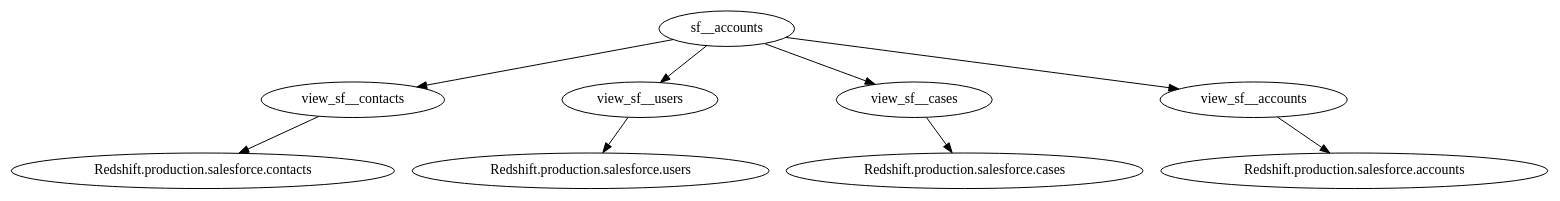
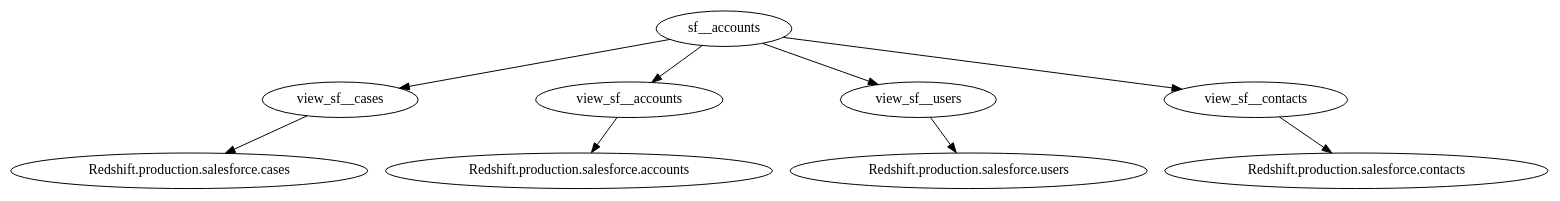
Before and after one commit to vickyjkwan/gazetteer: the diagram in test_folder/graphs/sf__accounts.gv, drawn with Graphviz. The commit also changed other lines of this file and 28 other files, not shown here.

```diff
--- a/test_folder/graphs/sf__accounts.gv
+++ b/test_folder/graphs/sf__accounts.gv
@@ -1,19 +1,19 @@
 digraph sf__accounts {
 	sf__accounts [label=sf__accounts]
-	view_sf__contacts [label=view_sf__contacts]
-	sf__accounts -> view_sf__contacts [label=""]
-	"Redshift.production.salesforce.contacts" [label="Redshift.production.salesforce.contacts"]
-	view_sf__contacts -> "Redshift.production.salesforce.contacts"
-	view_sf__users [label=view_sf__users]
-	sf__accounts -> view_sf__users [label=""]
-	"Redshift.production.salesforce.users" [label="Redshift.production.salesforce.users"]
-	view_sf__users -> "Redshift.production.salesforce.users"
 	view_sf__cases [label=view_sf__cases]
 	sf__accounts -> view_sf__cases [label=""]
 	"Redshift.production.salesforce.cases" [label="Redshift.production.salesforce.cases"]
 	view_sf__cases -> "Redshift.production.salesforce.cases"
 	view_sf__accounts [label=view_sf__accounts]
 	sf__accounts -> view_sf__accounts [label=""]
 	"Redshift.production.salesforce.accounts" [label="Redshift.production.salesforce.accounts"]
 	view_sf__accounts -> "Redshift.production.salesforce.accounts"
+	view_sf__users [label=view_sf__users]
+	sf__accounts -> view_sf__users [label=""]
+	"Redshift.production.salesforce.users" [label="Redshift.production.salesforce.users"]
+	view_sf__users -> "Redshift.production.salesforce.users"
+	view_sf__contacts [label=view_sf__contacts]
+	sf__accounts -> view_sf__contacts [label=""]
+	"Redshift.production.salesforce.contacts" [label="Redshift.production.salesforce.contacts"]
+	view_sf__contacts -> "Redshift.production.salesforce.contacts"
 }
```
